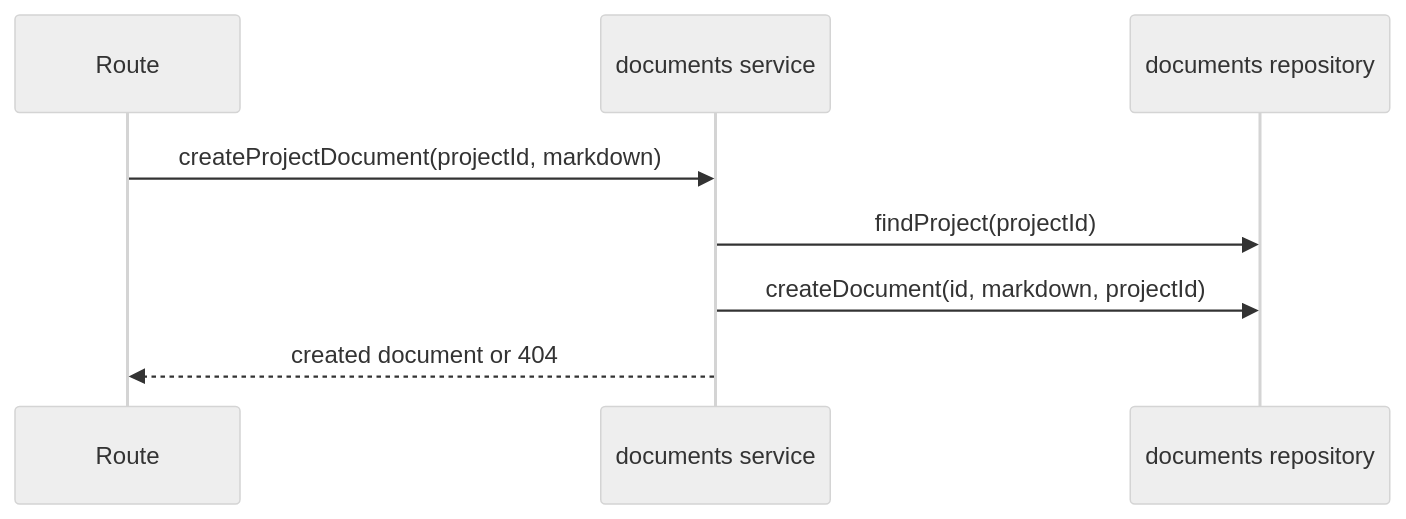
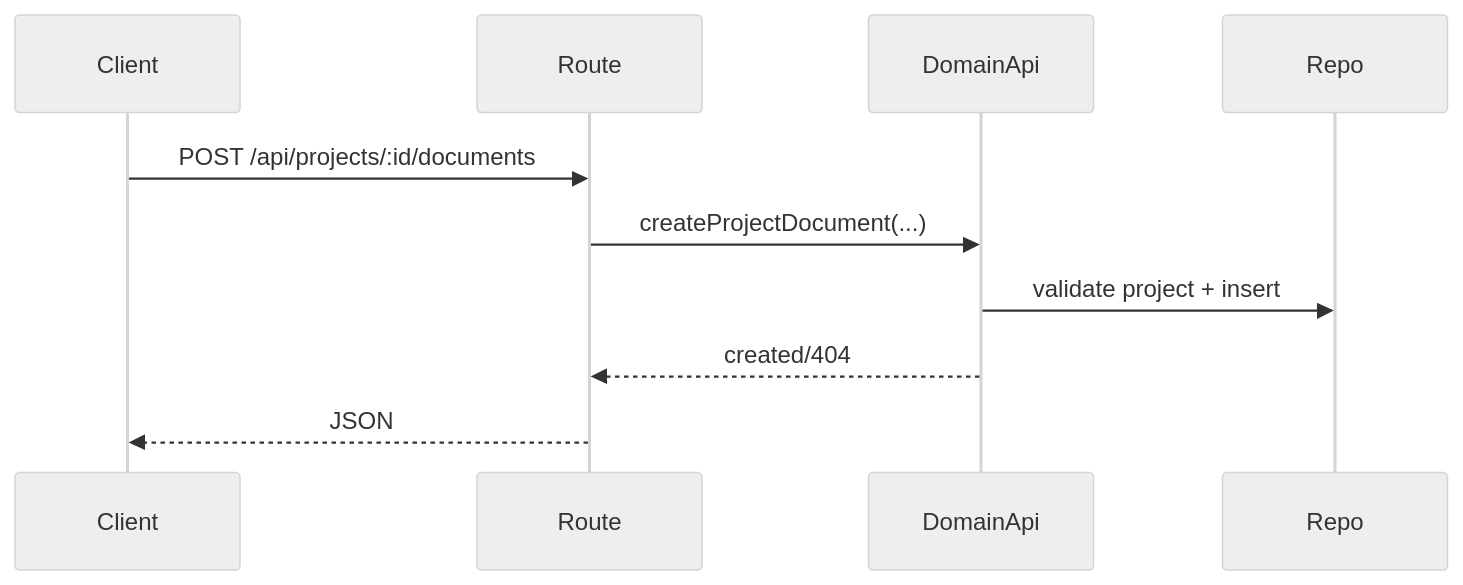
Before and after one commit to TurtleStoffel/tektite-console: the fourth of 7 diagrams in src/backend/domains/documents/README.md, drawn with Mermaid (neutral theme). The commit also changed other lines of this file and 30 other files, not shown here.

Commit message:
split domainApi from service

````diff
--- a/src/backend/domains/documents/README.md
+++ b/src/backend/domains/documents/README.md
@@ -48,10 +54,12 @@
 ```mermaid
 sequenceDiagram
+    participant Client
     participant Route
-    participant Service as documents service
-    participant Repo as documents repository
-    Route->>Service: createProjectDocument(projectId, markdown)
-    Service->>Repo: findProject(projectId)
-    Service->>Repo: createDocument(id, markdown, projectId)
-    Service-->>Route: created document or 404
+    participant DomainApi
+    participant Repo
+    Client->>Route: POST /api/projects/:id/documents
+    Route->>DomainApi: createProjectDocument(...)
+    DomainApi->>Repo: validate project + insert
+    DomainApi-->>Route: created/404
+    Route-->>Client: JSON
 ```
````
